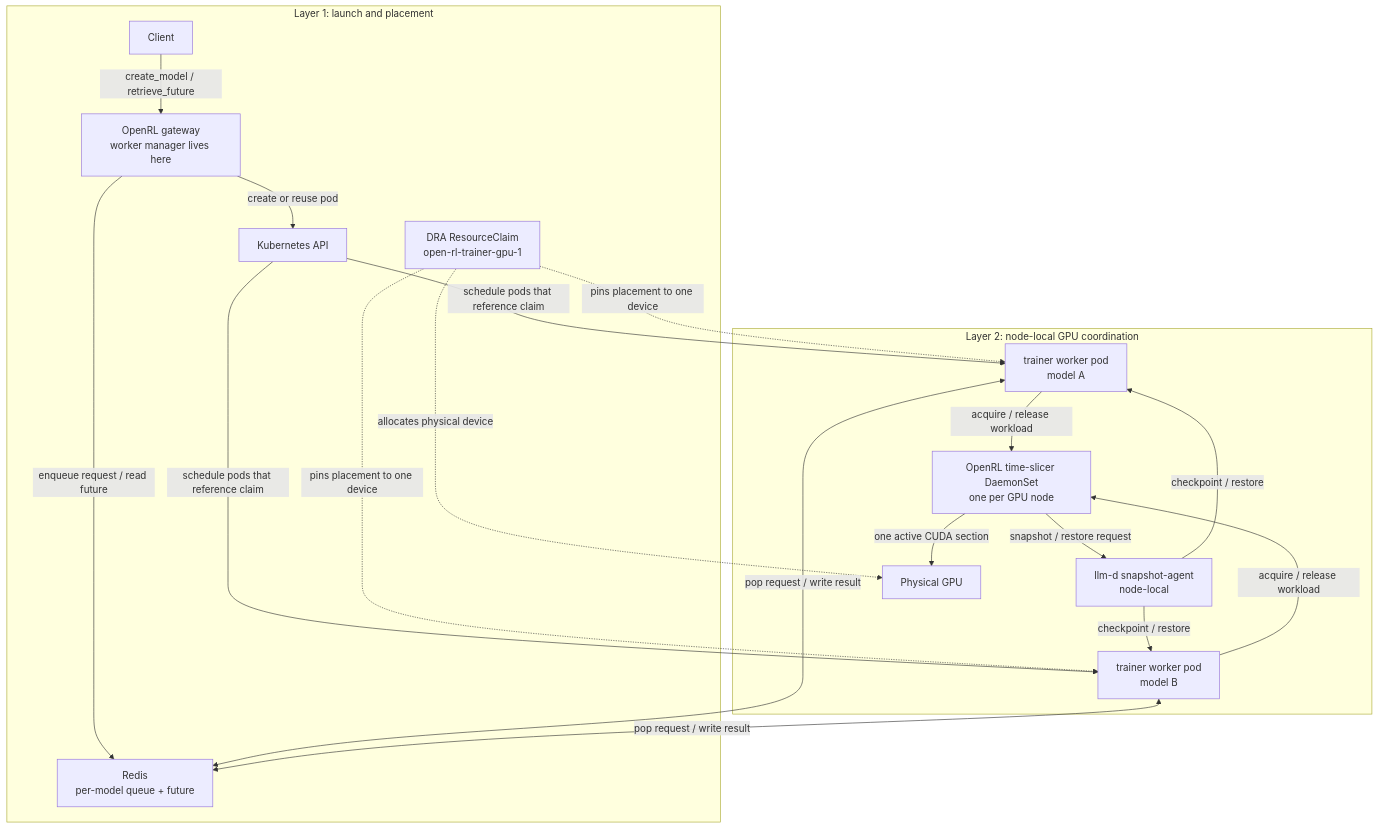
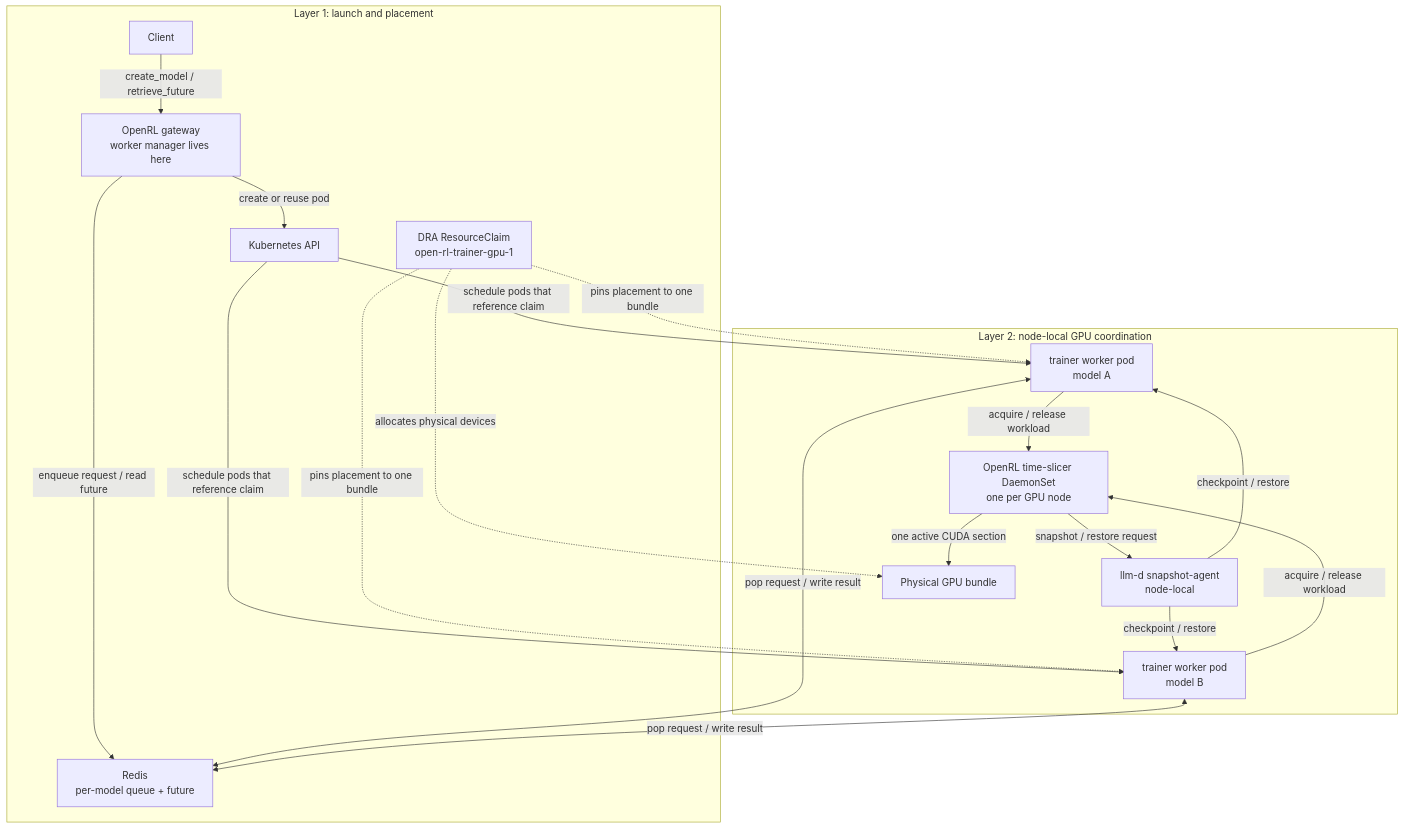
Before and after one commit to ShubyM/open-rl: the first of 2 diagrams in docs/setup/gke-fft-timeslice.md, drawn with Mermaid. The commit also changed other lines of this file and 10 other files, not shown here.

````diff
--- a/docs/setup/gke-fft-timeslice.md
+++ b/docs/setup/gke-fft-timeslice.md
@@ -57,36 +57,36 @@
 ```mermaid
 flowchart TD
     subgraph launch["Layer 1: launch and placement"]
         client["Client"]
         gateway["OpenRL gateway\nworker manager lives here"]
         kube["Kubernetes API"]
         redis["Redis\nper-model queue + future"]
         claim["DRA ResourceClaim\nopen-rl-trainer-gpu-1"]
     end
 
     subgraph node["Layer 2: node-local GPU coordination"]
         workerA["trainer worker pod\nmodel A"]
         workerB["trainer worker pod\nmodel B"]
         agent["OpenRL time-slicer DaemonSet\none per GPU node"]
         llmd["llm-d snapshot-agent\nnode-local"]
-        gpu["Physical GPU"]
+        gpu["Physical GPU bundle"]
     end
 
     client -->|"create_model / retrieve_future"| gateway
     gateway -->|"create or reuse pod"| kube
     gateway -->|"enqueue request / read future"| redis
     kube -->|"schedule pods that reference claim"| workerA
     kube -->|"schedule pods that reference claim"| workerB
-    claim -.->|"pins placement to one device"| workerA
-    claim -.->|"pins placement to one device"| workerB
-    claim -.->|"allocates physical device"| gpu
+    claim -.->|"pins placement to one bundle"| workerA
+    claim -.->|"pins placement to one bundle"| workerB
+    claim -.->|"allocates physical devices"| gpu
 
     workerA <-->|"pop request / write result"| redis
     workerB <-->|"pop request / write result"| redis
     workerA -->|"acquire / release workload"| agent
     workerB -->|"acquire / release workload"| agent
     agent -->|"snapshot / restore request"| llmd
     llmd -->|"checkpoint / restore"| workerA
     llmd -->|"checkpoint / restore"| workerB
     agent -->|"one active CUDA section"| gpu
 ```
````
